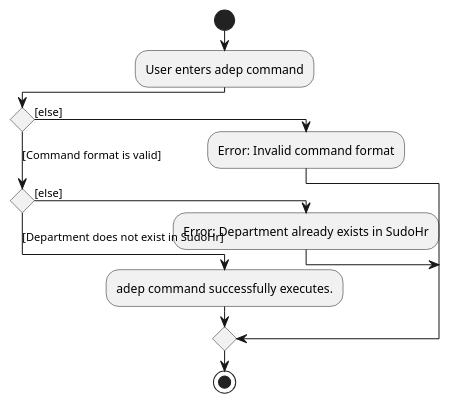
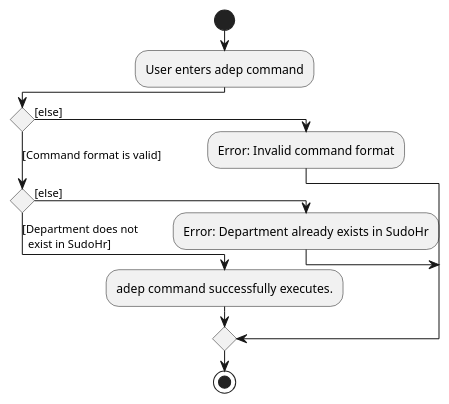
Before and after one commit to nus-cs2103-AY2223S2/tp: the diagram in docs/diagrams/commands/department/AddDepartmentActivityDiagram.puml, drawn with PlantUML. The commit also changed 12 other files, not shown here.

Commit message:
Update activity diagrams

```diff
--- a/docs/diagrams/commands/department/AddDepartmentActivityDiagram.puml
+++ b/docs/diagrams/commands/department/AddDepartmentActivityDiagram.puml
@@ -2,14 +2,15 @@
 @startuml
 !pragma useVerticalIf on
 start
 :User enters adep command;
 if () then ([else])
   :Error: Invalid command format;
 ([Command format is valid])elseif () then ([else])
   :Error: Department already exists in SudoHr;
- else ([Department does not exist in SudoHr])
+ else ([Department does not
+  exist in SudoHr])
   :adep command successfully executes.;
  endif
 stop
 
 @enduml
```
